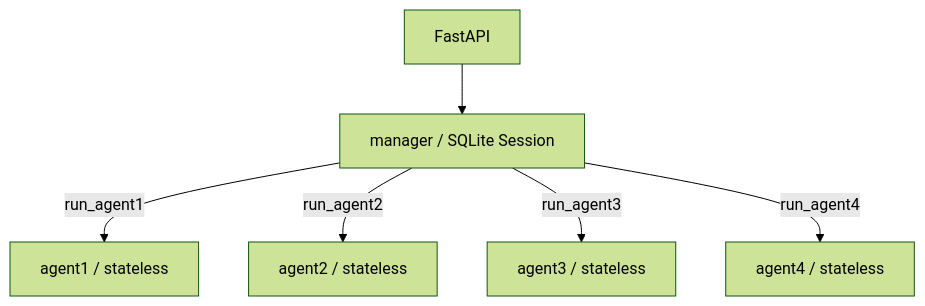
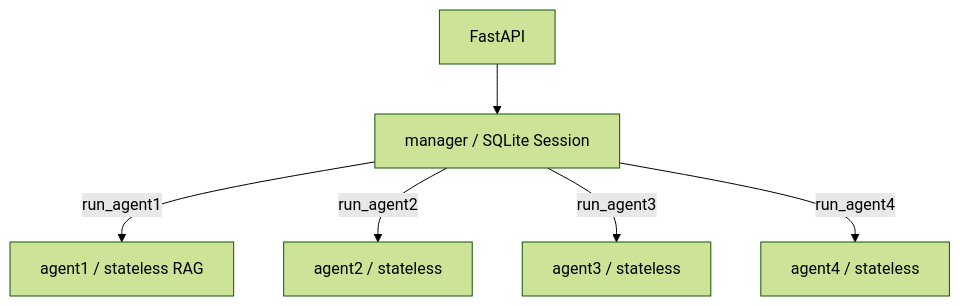
The diagram in README.md (henuzfl/l-agents), drawn with Mermaid (forest theme) before and after one commit. The commit also changed other lines of this file and 23 other files, not shown here.

````diff
--- a/README.md
+++ b/README.md
@@ -5,8 +5,8 @@
 ```mermaid
 flowchart TD
     API[FastAPI] --> M[manager / SQLite Session]
-    M -->|run_agent1| A1[agent1 / stateless]
+    M -->|run_agent1| A1[agent1 / stateless RAG]
     M -->|run_agent2| A2[agent2 / stateless]
     M -->|run_agent3| A3[agent3 / stateless]
     M -->|run_agent4| A4[agent4 / stateless]
 ```
````
